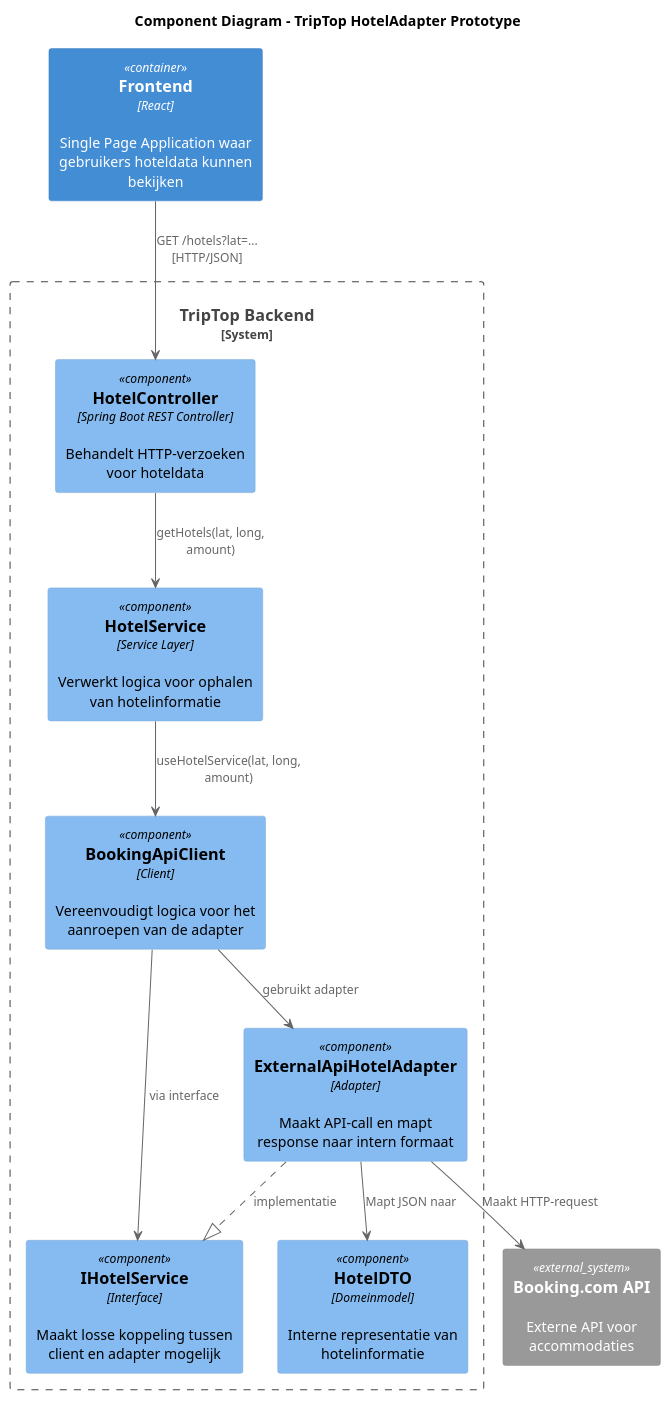
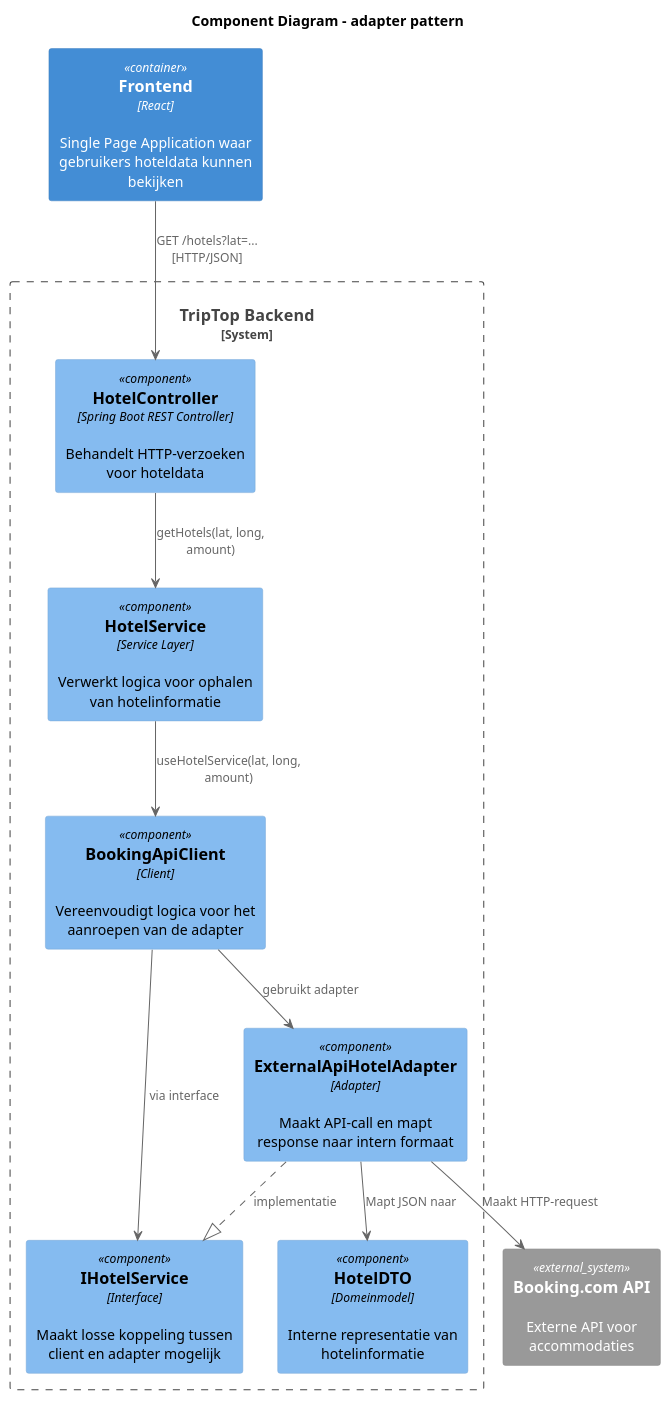
One commit to AIM-ENE-feb25/triptop-groep-3 changed the diagram in opdracht-diagrammen/Ontwerpvraag/C4 OntwerpVraag Tren/ComponentDiagramTren.puml. Above: the diagram before and after it, drawn with PlantUML. The commit also changed 3 other files, not shown here.

```diff
--- a/opdracht-diagrammen/Ontwerpvraag/C4 OntwerpVraag Tren/ComponentDiagramTren.puml
+++ b/opdracht-diagrammen/Ontwerpvraag/C4 OntwerpVraag Tren/ComponentDiagramTren.puml
@@ -1,30 +1,32 @@
 @startuml C4_Components
 !include https://raw.githubusercontent.com/plantuml-stdlib/C4-PlantUML/master/C4_Component.puml
 
-title Component Diagram – TripTop HotelAdapter Prototype
+title Component Diagram – adapter pattern
+
+
 
 Container(Frontend, "Frontend", "React", "Single Page Application waar gebruikers hoteldata kunnen bekijken")
 
 System_Boundary(Backend, "TripTop Backend") {
 
     Component(HotelController, "HotelController", "Spring Boot REST Controller", "Behandelt HTTP-verzoeken voor hoteldata")
     Component(HotelService, "HotelService", "Service Layer", "Verwerkt logica voor ophalen van hotelinformatie")
     Component(BookingApiClient, "BookingApiClient", "Client", "Vereenvoudigt logica voor het aanroepen van de adapter")
     Component(ExternalApiHotelAdapter, "ExternalApiHotelAdapter", "Adapter", "Maakt API-call en mapt response naar intern formaat")
     Component(IHotelService, "IHotelService", "Interface", "Maakt losse koppeling tussen client en adapter mogelijk")
     Component(HotelDTO, "HotelDTO", "Domeinmodel", "Interne representatie van hotelinformatie")
 }
 
 System_Ext(BookingAPI, "Booking.com API", "Externe API voor accommodaties")
 
 ' Relaties
 Frontend --> HotelController : "GET /hotels?lat=... [HTTP/JSON]"
 HotelController --> HotelService : "getHotels(lat, long, amount)"
 HotelService --> BookingApiClient : "useHotelService(lat, long, amount)"
 BookingApiClient --> IHotelService : "via interface"
 BookingApiClient --> ExternalApiHotelAdapter : gebruikt adapter
 ExternalApiHotelAdapter ..|> IHotelService : implementatie
 ExternalApiHotelAdapter --> BookingAPI : "Maakt HTTP-request"
 ExternalApiHotelAdapter --> HotelDTO : "Mapt JSON naar"
 
 @enduml
```
